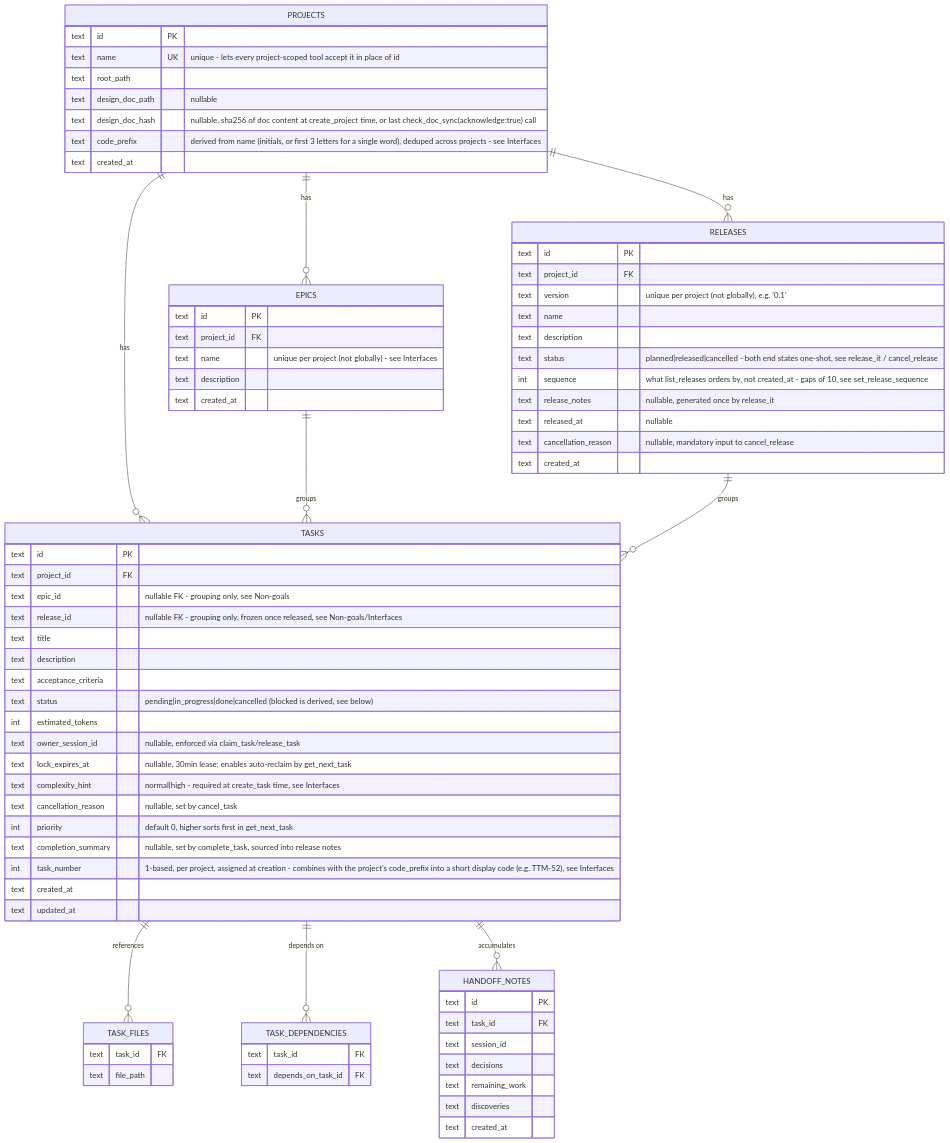
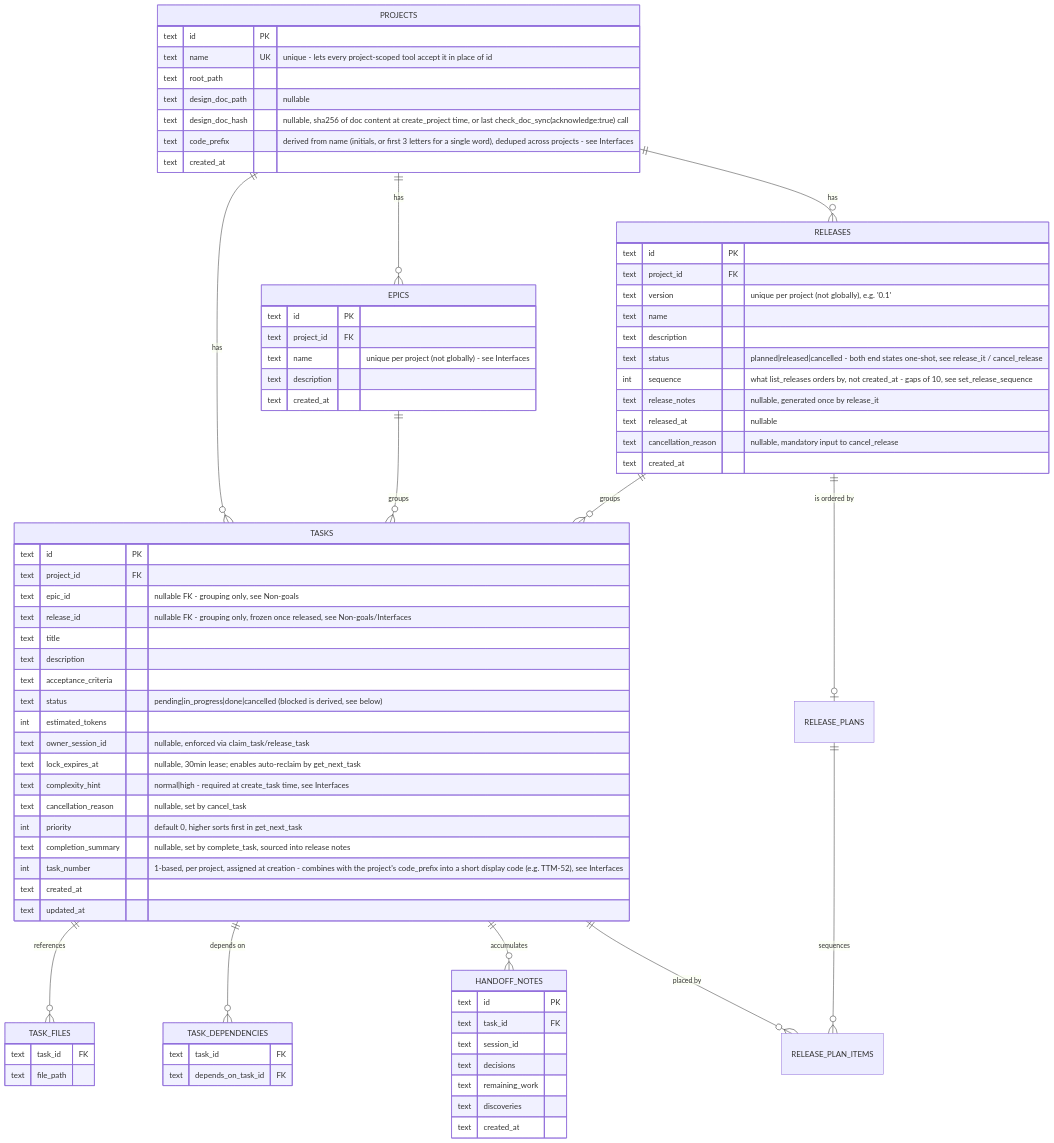
The third of 3 diagrams in docs/architecture/task-tracker-mcp.md (madmurdok/task-tracker-mcp), drawn with Mermaid before and after one commit. The commit also changed other lines of this file and 2 other files, not shown here.

````diff
--- a/docs/architecture/task-tracker-mcp.md
+++ b/docs/architecture/task-tracker-mcp.md
@@ -154,78 +157,81 @@
 ```mermaid
 erDiagram
     PROJECTS ||--o{ TASKS : has
     PROJECTS ||--o{ EPICS : has
     PROJECTS ||--o{ RELEASES : has
     EPICS ||--o{ TASKS : groups
     RELEASES ||--o{ TASKS : groups
     TASKS ||--o{ TASK_FILES : references
     TASKS ||--o{ TASK_DEPENDENCIES : "depends on"
     TASKS ||--o{ HANDOFF_NOTES : accumulates
+    RELEASES ||--o| RELEASE_PLANS : "is ordered by"
+    RELEASE_PLANS ||--o{ RELEASE_PLAN_ITEMS : sequences
+    TASKS ||--o{ RELEASE_PLAN_ITEMS : "placed by"
 
     PROJECTS {
         text id PK
         text name UK "unique - lets every project-scoped tool accept it in place of id"
         text root_path
         text design_doc_path "nullable"
         text design_doc_hash "nullable, sha256 of doc content at create_project time, or last check_doc_sync(acknowledge:true) call"
         text code_prefix "derived from name (initials, or first 3 letters for a single word), deduped across projects - see Interfaces"
         text created_at
     }
     EPICS {
         text id PK
         text project_id FK
         text name "unique per project (not globally) - see Interfaces"
         text description
         text created_at
     }
     RELEASES {
         text id PK
         text project_id FK
         text version "unique per project (not globally), e.g. '0.1'"
         text name
         text description
         text status "planned|released|cancelled - both end states one-shot, see release_it / cancel_release"
         int sequence "what list_releases orders by, not created_at - gaps of 10, see set_release_sequence"
         text release_notes "nullable, generated once by release_it"
         text released_at "nullable"
         text cancellation_reason "nullable, mandatory input to cancel_release"
         text created_at
     }
     TASKS {
         text id PK
         text project_id FK
         text epic_id "nullable FK - grouping only, see Non-goals"
         text release_id "nullable FK - grouping only, frozen once released, see Non-goals/Interfaces"
         text title
         text description
         text acceptance_criteria
         text status "pending|in_progress|done|cancelled (blocked is derived, see below)"
         int estimated_tokens
         text owner_session_id "nullable, enforced via claim_task/release_task"
         text lock_expires_at "nullable, 30min lease; enables auto-reclaim by get_next_task"
         text complexity_hint "normal|high - required at create_task time, see Interfaces"
         text cancellation_reason "nullable, set by cancel_task"
         int priority "default 0, higher sorts first in get_next_task"
         text completion_summary "nullable, set by complete_task, sourced into release notes"
         int task_number "1-based, per project, assigned at creation - combines with the project's code_prefix into a short display code (e.g. TTM-52), see Interfaces"
         text created_at
         text updated_at
     }
     TASK_FILES {
         text task_id FK
         text file_path
     }
     TASK_DEPENDENCIES {
         text task_id FK
         text depends_on_task_id FK
     }
     HANDOFF_NOTES {
         text id PK
         text task_id FK
         text session_id
         text decisions
         text remaining_work
         text discoveries
         text created_at
     }
 ```
````
